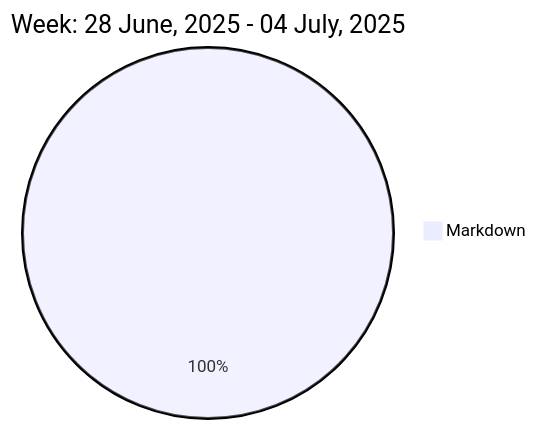
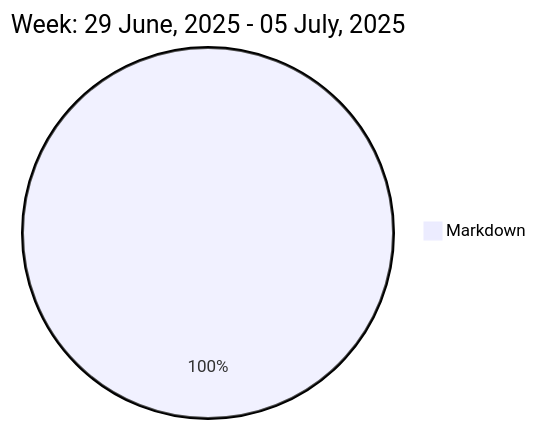
One commit to liubin95/liubin95 changed the diagram in README.md. Above: the diagram before and after it, drawn with Mermaid.

Commit message:
Updated the Graph with new Metrics

````diff
--- a/README.md
+++ b/README.md
@@ -37,5 +37,5 @@
 ```mermaid
  pie
-title Week: 28 June, 2025 - 04 July, 2025
+title Week: 29 June, 2025 - 05 July, 2025
  "Markdown" : 3.23
 ```
````
